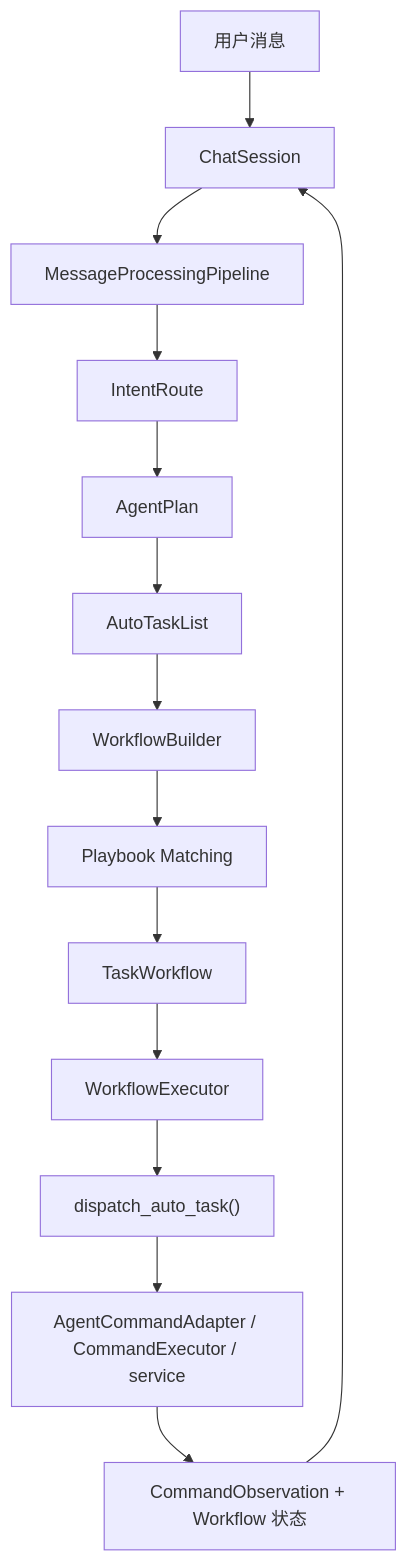
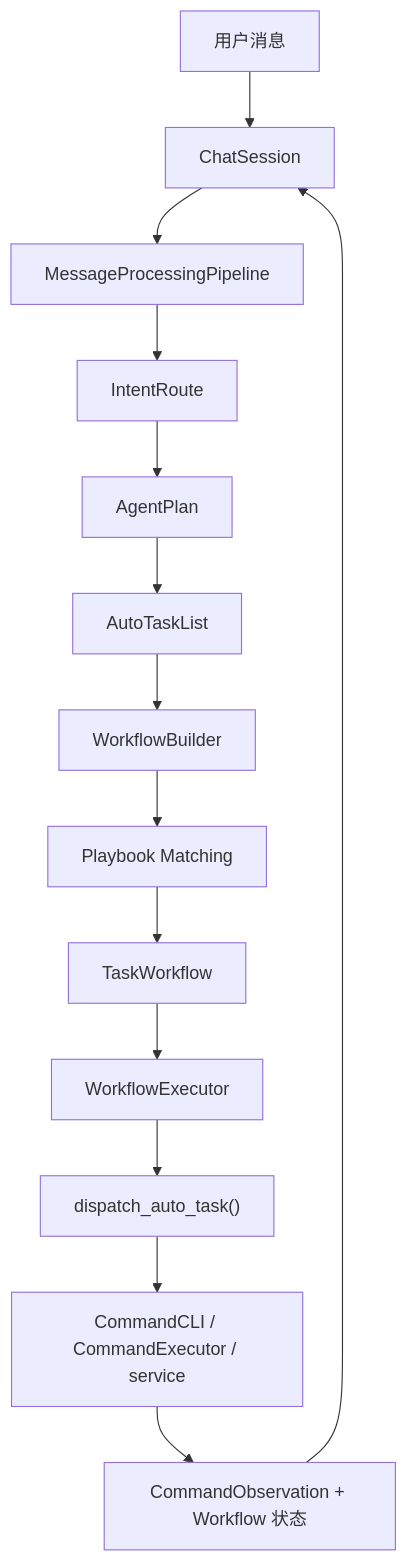
The diagram in docs/guides/agent-module.md (ClassRobot/ClassRobot), drawn with Mermaid before and after one commit. The commit also changed other lines of this file and 219 other files, not shown here.

````diff
--- a/docs/guides/agent-module.md
+++ b/docs/guides/agent-module.md
@@ -79,16 +79,16 @@
 ```mermaid
 flowchart TD
     A["用户消息"] --> B["ChatSession"]
     B --> C["MessageProcessingPipeline"]
     C --> D["IntentRoute"]
     D --> E["AgentPlan"]
     E --> F["AutoTaskList"]
     F --> G["WorkflowBuilder"]
     G --> H["Playbook Matching"]
     H --> I["TaskWorkflow"]
     I --> J["WorkflowExecutor"]
     J --> K["dispatch_auto_task()"]
-    K --> L["AgentCommandAdapter / CommandExecutor / service"]
+    K --> L["CommandCLI / CommandExecutor / service"]
     L --> M["CommandObservation + Workflow 状态"]
     M --> B
 ```
````
